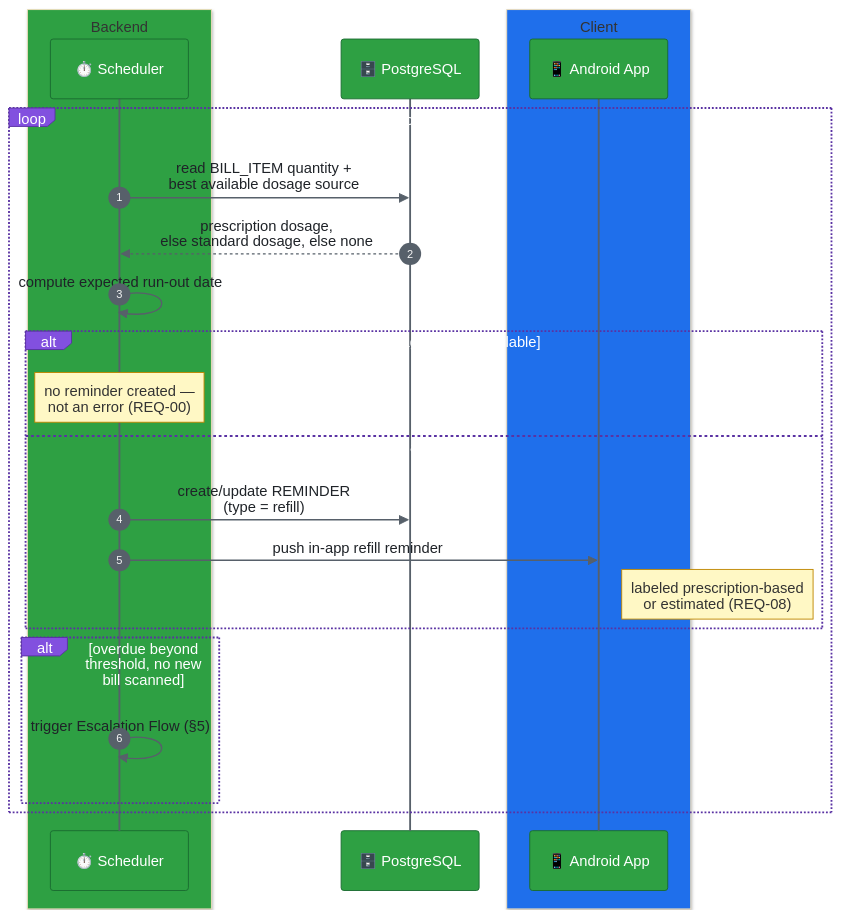
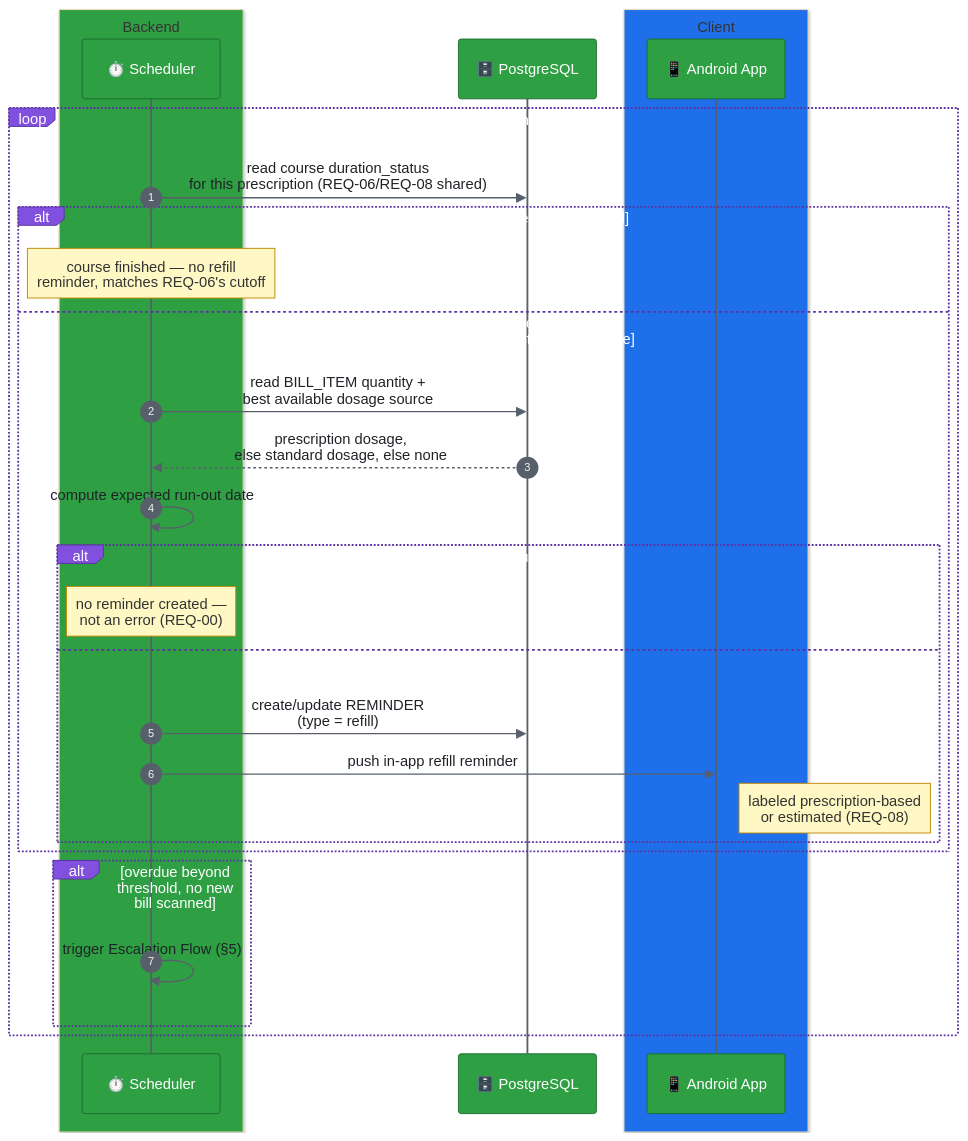
Before and after one commit to bhuvi-garg/Med-Verify: the fourth of 6 diagrams in Arch/ARCH-05-flows.md, drawn with Mermaid. The commit also changed other lines of this file and 16 other files, not shown here.

First line of the commit message:
mv: caretaker override, phasing, refill fixes

````diff
--- a/Arch/ARCH-05-flows.md
+++ b/Arch/ARCH-05-flows.md
@@ -132,30 +153,36 @@
 ```mermaid
 %%{init: {"theme": "base", "themeVariables": {"actorBkg": "#2ea043", "actorBorder": "#1a6b30", "actorTextColor": "#ffffff", "actorLineColor": "#57606a", "signalColor": "#57606a", "signalTextColor": "#1f2328", "labelBoxBkgColor": "#8250df", "labelBoxBorderColor": "#5a32a3", "labelTextColor": "#ffffff", "noteBkgColor": "#fff8c5", "noteBorderColor": "#bf8700"}} }%%
 sequenceDiagram
     autonumber
     box rgb(46,160,67) Backend
         participant SCHED as ⏱️ Scheduler
     end
     participant DB as 🗄️ PostgreSQL
     box rgb(31,111,235) Client
         participant App as 📱 Android App
     end
 
     loop on cadence
-        SCHED->>DB: read BILL_ITEM quantity +<br/>best available dosage source
-        DB-->>SCHED: prescription dosage,<br/>else standard dosage, else none
-        SCHED->>SCHED: compute expected run-out date
+        SCHED->>DB: read course duration_status<br/>for this prescription (REQ-06/REQ-08 shared)
 
-        alt no dosage source available
-            Note over SCHED: no reminder created —<br/>not an error (REQ-00)
-        else within 5 days of run-out
-            SCHED->>DB: create/update REMINDER<br/>(type = refill)
-            SCHED->>App: push in-app refill reminder
-            Note right of App: labeled prescription-based<br/>or estimated (REQ-08)
+        alt duration_status = fixed, and elapsed
+            Note over SCHED: course finished — no refill<br/>reminder, matches REQ-06's cutoff
+        else duration_status = indefinite or<br/>pending_caretaker_input, or still within course
+            SCHED->>DB: read BILL_ITEM quantity +<br/>best available dosage source
+            DB-->>SCHED: prescription dosage,<br/>else standard dosage, else none
+            SCHED->>SCHED: compute expected run-out date
+
+            alt no dosage source available
+                Note over SCHED: no reminder created —<br/>not an error (REQ-00)
+            else within 5 days of run-out
+                SCHED->>DB: create/update REMINDER<br/>(type = refill)
+                SCHED->>App: push in-app refill reminder
+                Note right of App: labeled prescription-based<br/>or estimated (REQ-08)
+            end
         end
 
         alt overdue beyond threshold, no new bill scanned
             SCHED->>SCHED: trigger Escalation Flow (§5)
         end
     end
 ```
````
